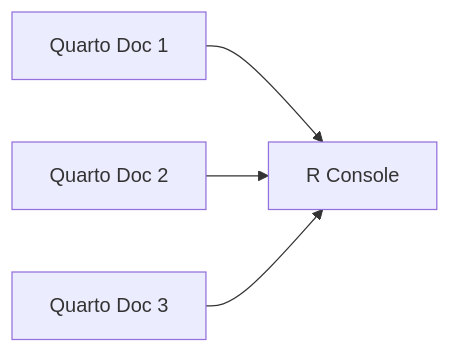
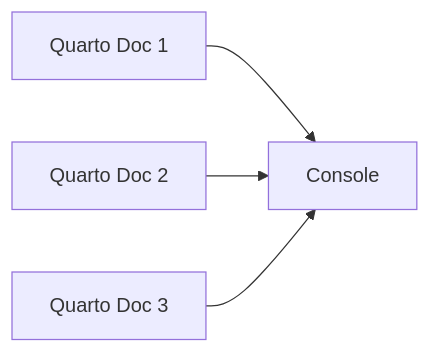
Before and after one commit to posit-dev/positron-website: the first of 2 diagrams in quarto.qmd, drawn with Mermaid. The commit also changed other lines of this file, not shown here.

````diff
--- a/quarto.qmd
+++ b/quarto.qmd
@@ -30,6 +30,6 @@
 ```{mermaid}
 graph LR
-q1[Quarto Doc 1] --> rc[R Console]
+q1[Quarto Doc 1] --> rc[Console]
 q2[Quarto Doc 2] --> rc
 q3[Quarto Doc 3] --> rc
 ```
````
